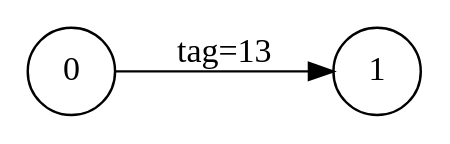
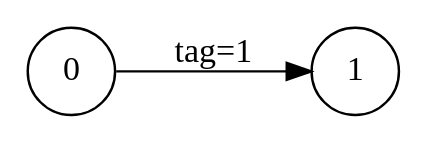
One commit to CallmeSharanya/LLVM-Secure-MPI-Usage-Sanitizer changed the diagram in msan_comm_graph.dot. Above: the diagram before and after it, drawn with Graphviz. The commit also changed 13 other files, not shown here.

```diff
--- a/msan_comm_graph.dot
+++ b/msan_comm_graph.dot
@@ -1,5 +1,5 @@
 digraph MPIComm {
   rankdir=LR;
   node [shape=circle];
-  0 -> 1 [label="tag=13"];
+  0 -> 1 [label="tag=1"];
 }
```
